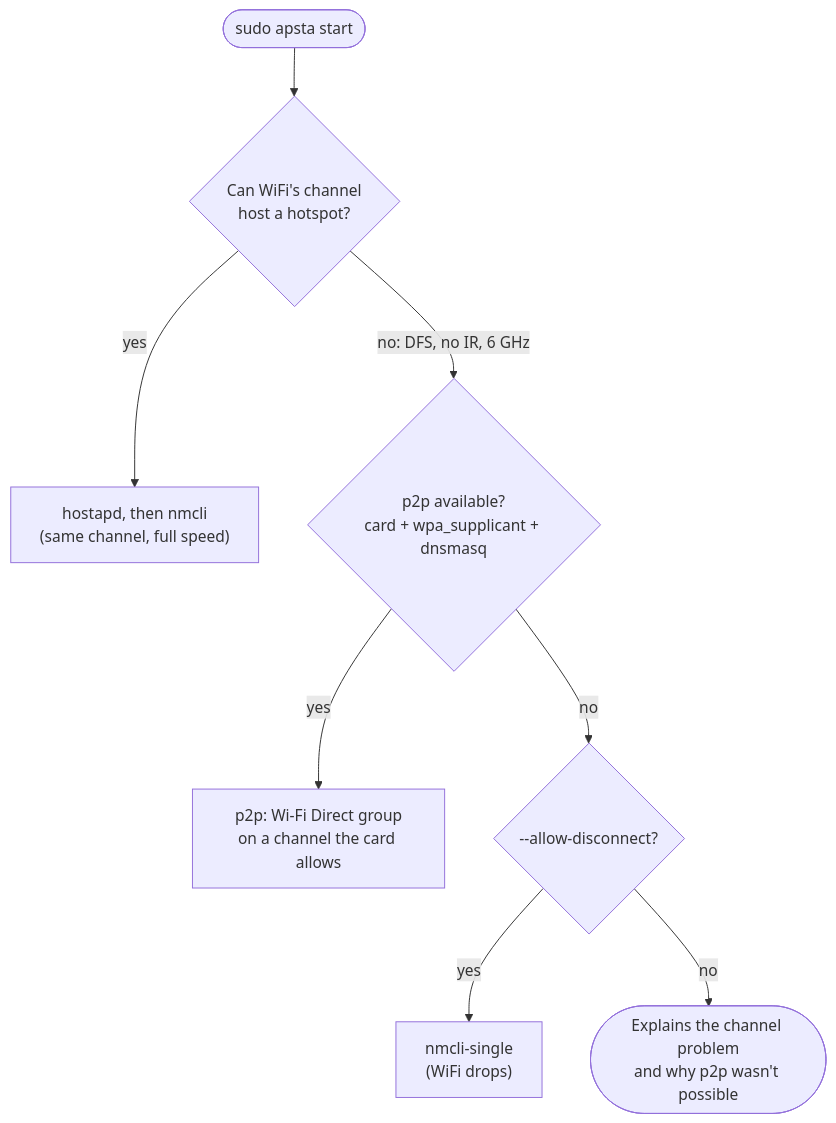
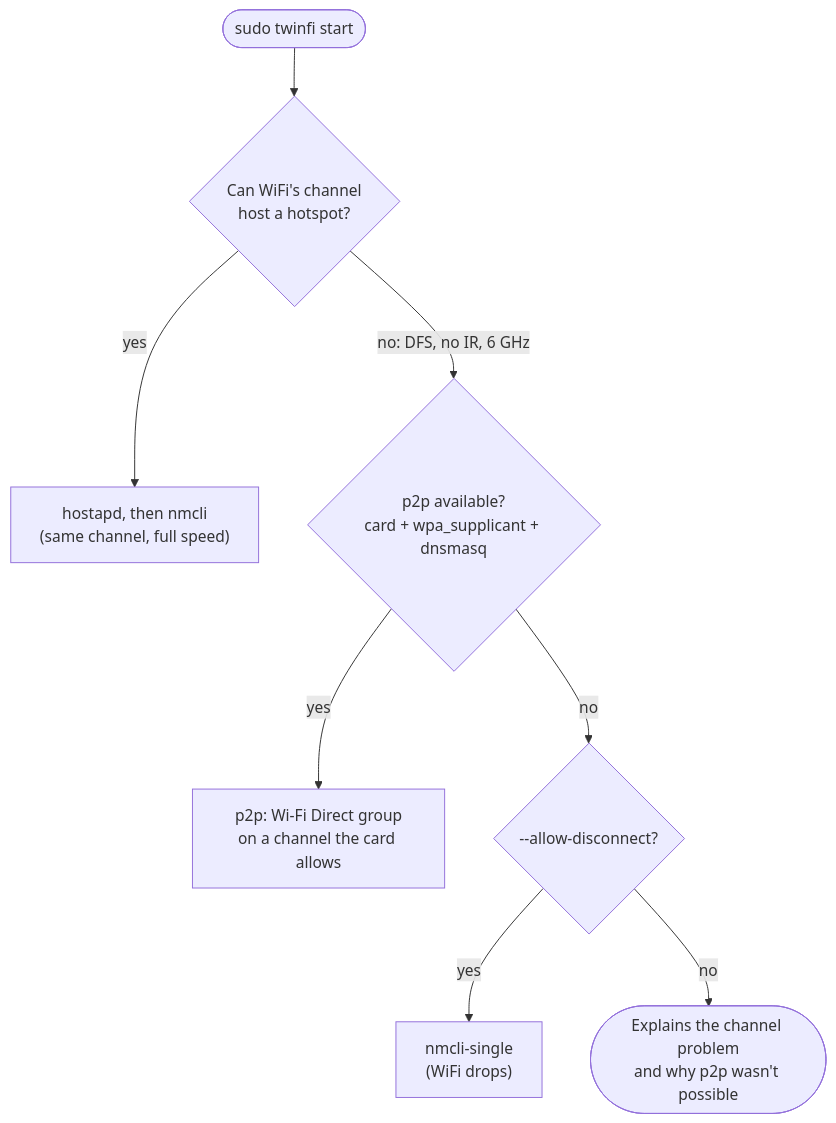
The first of 2 diagrams in docs/wifi-direct.md (krotrn/apsta), drawn with Mermaid before and after one commit. The commit also changed other lines of this file and 204 other files, not shown here.

First line of the commit message:
feat!: rename apsta to twinfi

````diff
--- a/docs/wifi-direct.md
+++ b/docs/wifi-direct.md
@@ -143,10 +143,10 @@
 ```mermaid
 flowchart TD
-    S(["sudo apsta start"]) --> C{"Can WiFi's channel<br/>host a hotspot?"}
+    S(["sudo twinfi start"]) --> C{"Can WiFi's channel<br/>host a hotspot?"}
     C -- "yes" --> H["hostapd, then nmcli<br/>(same channel, full speed)"]
     C -- "no: DFS, no IR, 6 GHz" --> P{"p2p available?<br/>card + wpa_supplicant + dnsmasq"}
     P -- "yes" --> G["p2p: Wi-Fi Direct group<br/>on a channel the card allows"]
     P -- "no" --> D{"--allow-disconnect?"}
     D -- "yes" --> NS["nmcli-single<br/>(WiFi drops)"]
     D -- "no" --> E(["Explains the channel problem<br/>and why p2p wasn't possible"])
 ```
````
